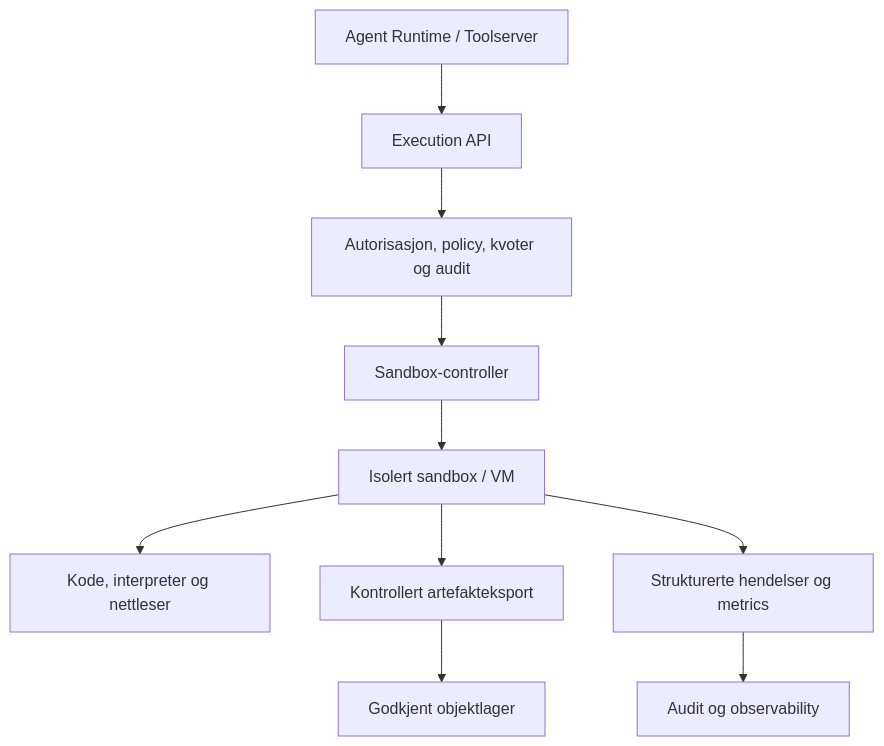
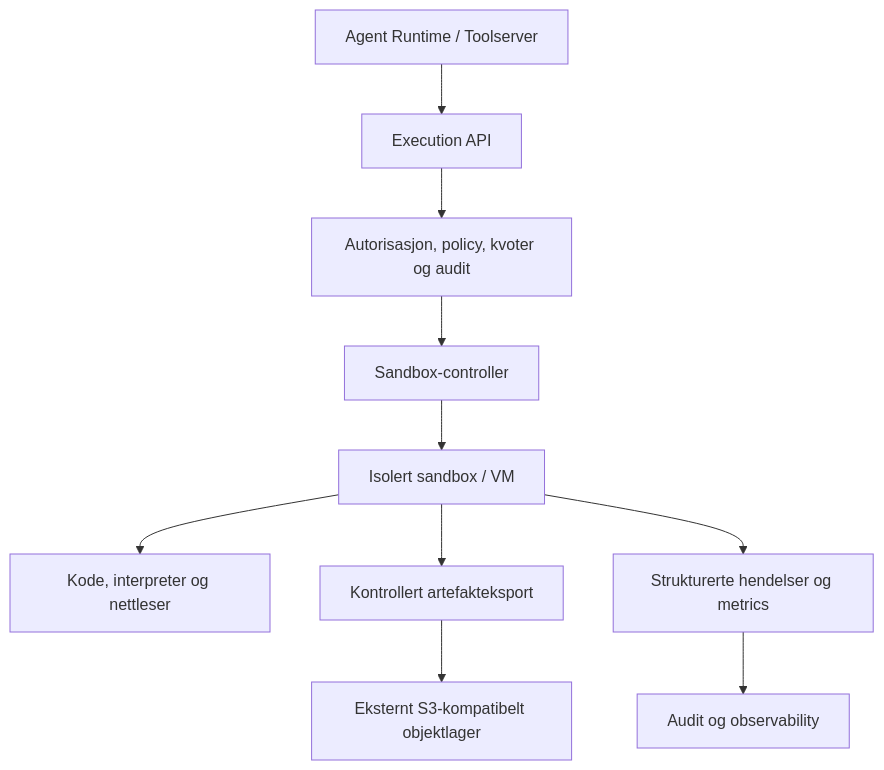
One commit to IvarRosenbergHVL/hvl-ki-documentation changed the first of 2 diagrams in docs/utviklere/kjoremiljo.mdx. Above: the diagram before and after it, drawn with Mermaid. The commit also changed other lines of this file and 8 other files, not shown here.

Commit message:
Define PostgreSQL and external S3 storage as platform-wide architecture requirements

````diff
--- a/docs/utviklere/kjoremiljo.mdx
+++ b/docs/utviklere/kjoremiljo.mdx
@@ -10,12 +10,12 @@
 ```mermaid
 flowchart TD
  R[Agent Runtime / Toolserver] --> A[Execution API]
  A --> P[Autorisasjon, policy, kvoter og audit]
  P --> C[Sandbox-controller]
  C --> S[Isolert sandbox / VM]
  S --> W[Kode, interpreter og nettleser]
  S --> X[Kontrollert artefakteksport]
- X --> O[Godkjent objektlager]
+ X --> O[Eksternt S3-kompatibelt objektlager]
  S --> L[Strukturerte hendelser og metrics]
  L --> T[Audit og observability]
 ```
````
